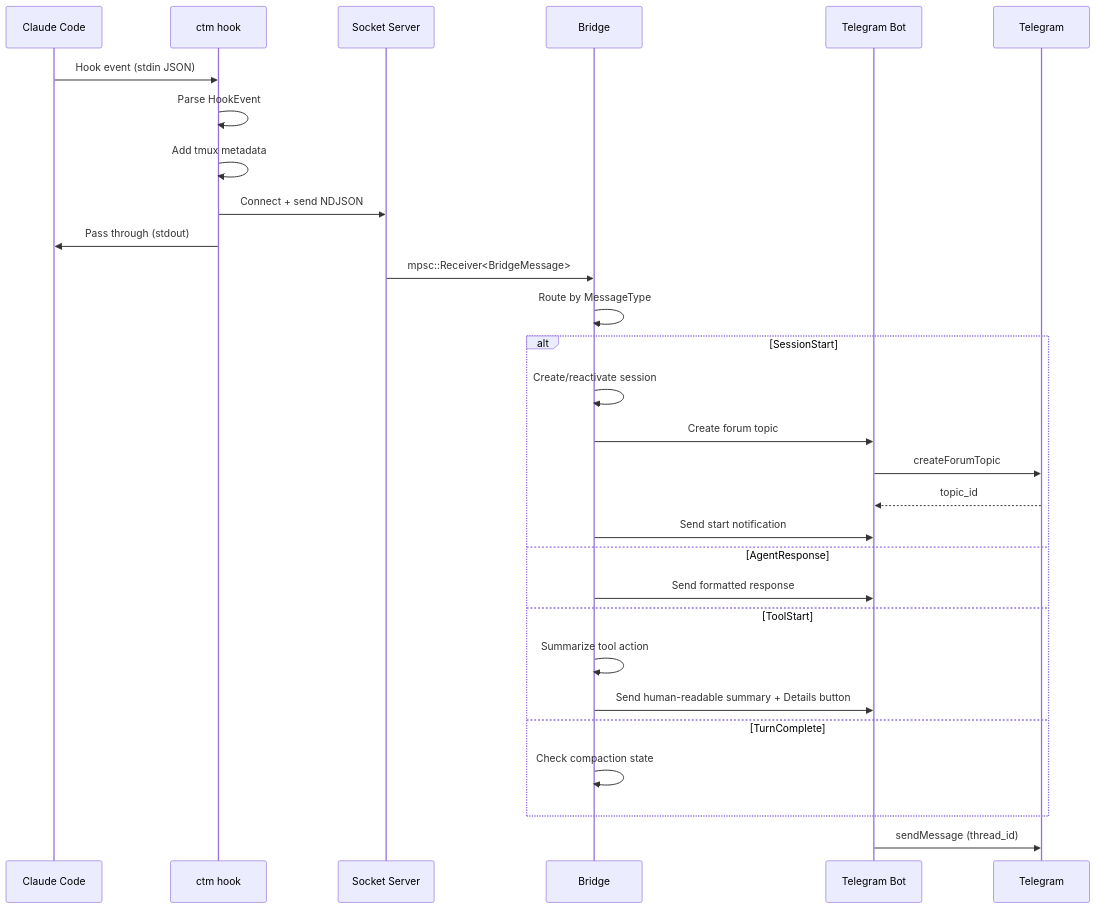
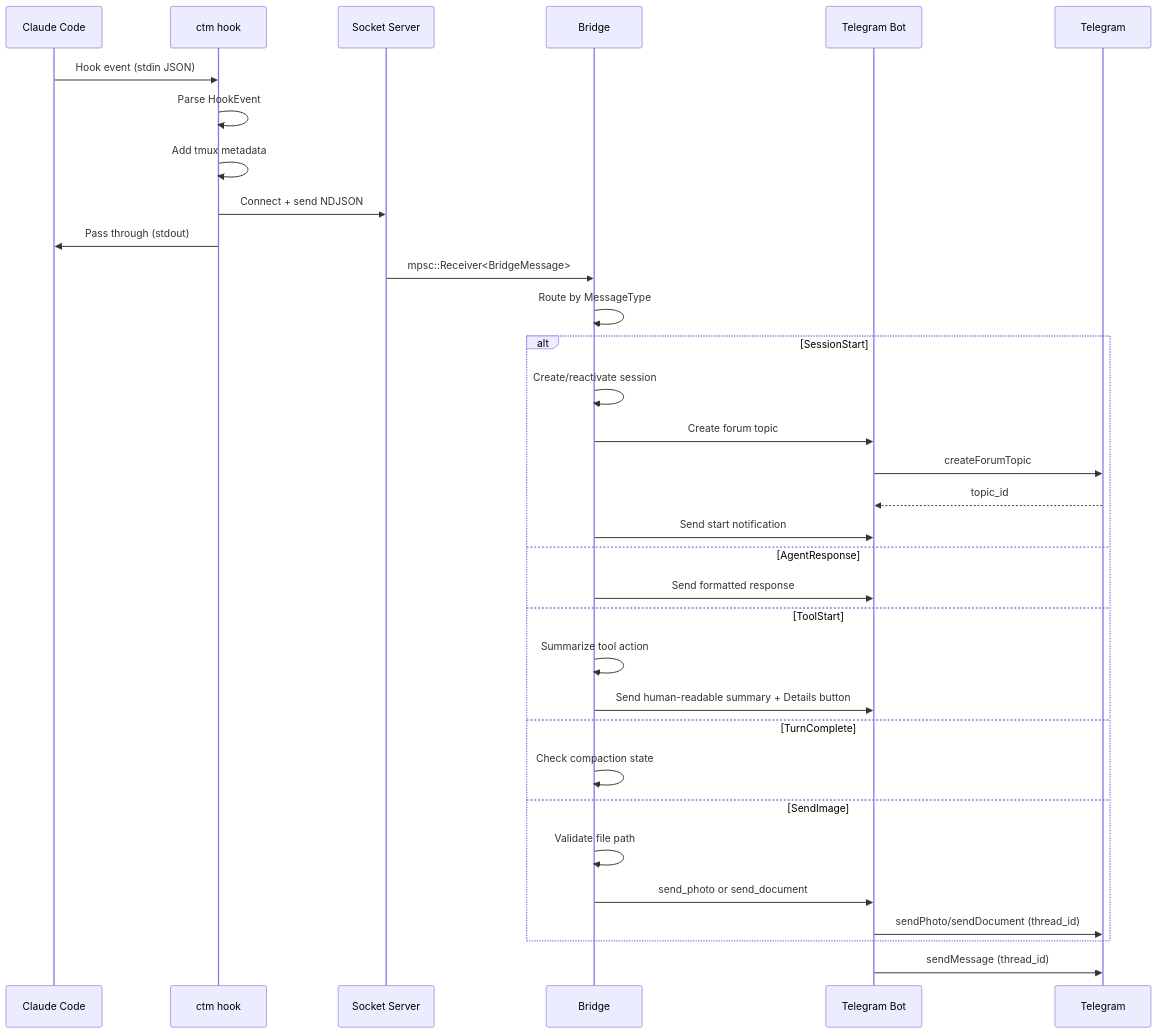
Before and after one commit to robertelee78/claude-telegram-mirror: the third of 12 diagrams in docs/ARCHITECTURE.md, drawn with Mermaid. The commit also changed other lines of this file and 9 other files, not shown here.

````diff
--- a/docs/ARCHITECTURE.md
+++ b/docs/ARCHITECTURE.md
@@ -92,35 +92,39 @@
 ```mermaid
 sequenceDiagram
     participant CC as Claude Code
     participant Hook as ctm hook
     participant Socket as Socket Server
     participant Bridge as Bridge
     participant Bot as Telegram Bot
     participant TG as Telegram
 
     CC->>Hook: Hook event (stdin JSON)
     Hook->>Hook: Parse HookEvent
     Hook->>Hook: Add tmux metadata
     Hook->>Socket: Connect + send NDJSON
     Hook->>CC: Pass through (stdout)
 
     Socket->>Bridge: mpsc::Receiver<BridgeMessage>
     Bridge->>Bridge: Route by MessageType
 
     alt SessionStart
         Bridge->>Bridge: Create/reactivate session
         Bridge->>Bot: Create forum topic
         Bot->>TG: createForumTopic
         TG-->>Bot: topic_id
         Bridge->>Bot: Send start notification
     else AgentResponse
         Bridge->>Bot: Send formatted response
     else ToolStart
         Bridge->>Bridge: Summarize tool action
         Bridge->>Bot: Send human-readable summary + Details button
     else TurnComplete
         Bridge->>Bridge: Check compaction state
+    else SendImage
+        Bridge->>Bridge: Validate file path
+        Bridge->>Bot: send_photo or send_document
+        Bot->>TG: sendPhoto/sendDocument (thread_id)
     end
 
     Bot->>TG: sendMessage (thread_id)
 ```
````
